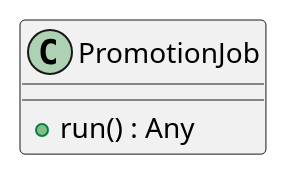
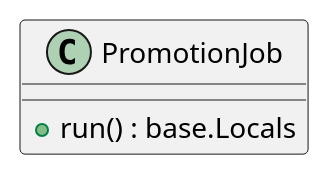
The first of 6 diagrams in openwiki/modules/src/autogen_team/application/jobs/promotion.md (lgcorzo/llmops-python-package), drawn with PlantUML before and after one commit. The commit also changed other lines of this file and 155 other files, not shown here.

````diff
--- a/openwiki/modules/src/autogen_team/application/jobs/promotion.md
+++ b/openwiki/modules/src/autogen_team/application/jobs/promotion.md
@@ -52,7 +61,7 @@
 ```plantuml
 @startuml
     class PromotionJob {
-        +run() : Any
+        +run() : base.Locals
     }
 @enduml
 ```
````
